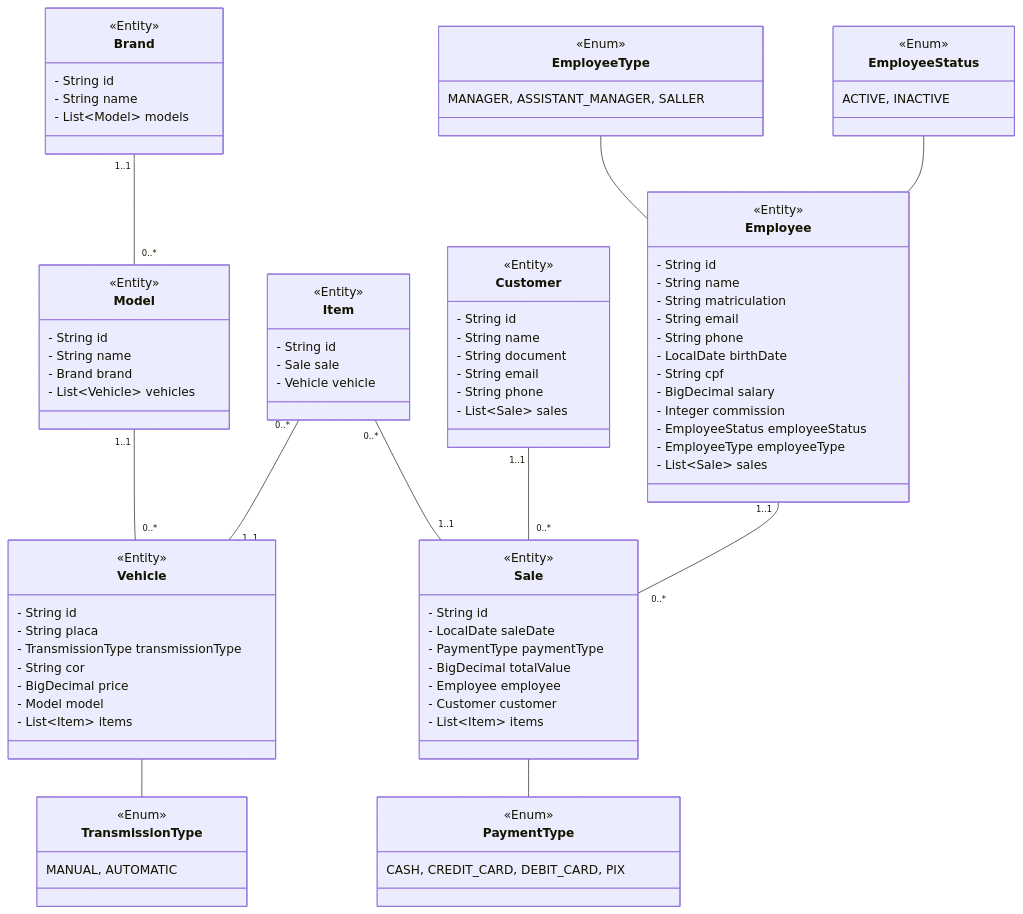
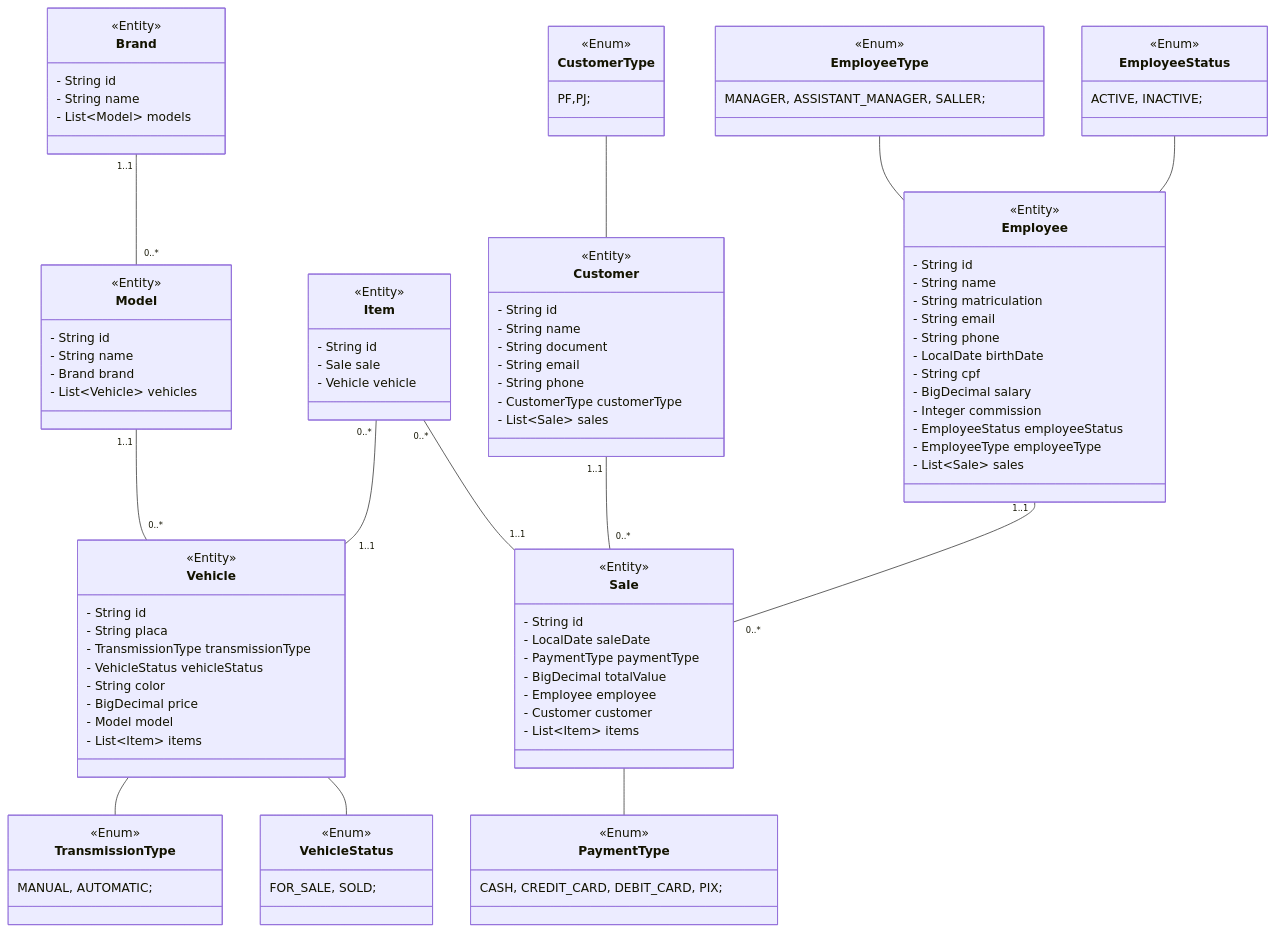
The diagram in README.md (abnerjosefelixbarbosa/concessionaria), drawn with Mermaid before and after one commit.

Commit message:
docment: atualizar modelo do sistema.

````diff
--- a/README.md
+++ b/README.md
@@ -21,13 +21,17 @@
 
 Brand "1..1" -- "0..*" Model
 
+CustomerType -- Customer
+
 EmployeeStatus -- Employee
 
 EmployeeType -- Employee
 
 Sale -- PaymentType
 
-Vehicle -- TransmissionType 
+Vehicle -- TransmissionType
+
+Vehicle -- VehicleStatus
 
 class Employee {
 <<Entity>>
@@ -52,6 +56,7 @@
 - String document
 - String email
 - String phone
+- CustomerType customerType
 - List~Sale~ sales
 }
 
@@ -78,7 +83,8 @@
 - String id
 - String placa
 - TransmissionType transmissionType
-- String cor
+- VehicleStatus vehicleStatus
+- String color
 - BigDecimal price
 - Model model
 - List~Item~ items
@@ -101,21 +107,31 @@
 
 class EmployeeStatus {
 <<Enum>>
-ACTIVE, INACTIVE
+ACTIVE, INACTIVE;
 } 
 
 class EmployeeType {
 <<Enum>>
-MANAGER, ASSISTANT_MANAGER, SALLER
+MANAGER, ASSISTANT_MANAGER, SALLER;
 } 
 
 class PaymentType {
 <<Enum>>
-CASH, CREDIT_CARD, DEBIT_CARD, PIX
+CASH, CREDIT_CARD, DEBIT_CARD, PIX;
 }
 
 class TransmissionType {
 <<Enum>>
-MANUAL, AUTOMATIC
+MANUAL, AUTOMATIC;
+}
+
+class VehicleStatus {
+<<Enum>>
+FOR_SALE, SOLD;
+}
+
+class CustomerType {
+<<Enum>>
+PF,PJ;
 }
 ```
````
